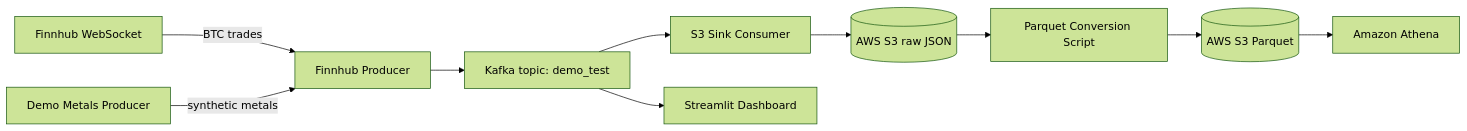
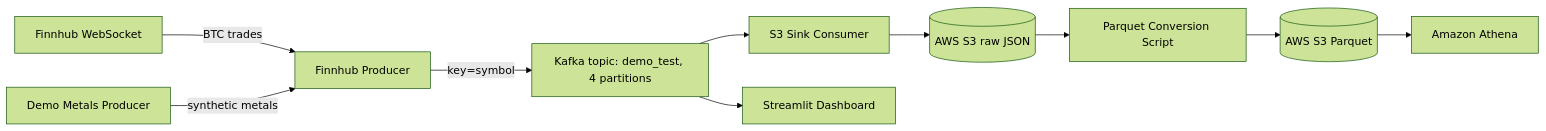
Before and after one commit to DenitsaNes/Kafka-stock-market: the diagram in README.md, drawn with Mermaid (forest theme). The commit also changed other lines of this file and 6 other files, not shown here.

First line of the commit message:
Add Kafka partitions and consumer groups

````diff
--- a/README.md
+++ b/README.md
@@ -11,12 +11,12 @@
 ```mermaid
 graph LR
     A[Finnhub WebSocket] -->|BTC trades| B[Finnhub Producer]
     C[Demo Metals Producer] -->|synthetic metals| B
-    B --> D[Kafka topic: demo_test]
+    B -->|key=symbol| D[Kafka topic: demo_test, 4 partitions]
     D --> E[S3 Sink Consumer]
     E --> F[(AWS S3 raw JSON)]
     F --> G[Parquet Conversion Script]
     G --> H[(AWS S3 Parquet)]
     H --> I[Amazon Athena]
     D --> J[Streamlit Dashboard]
 ```
````
